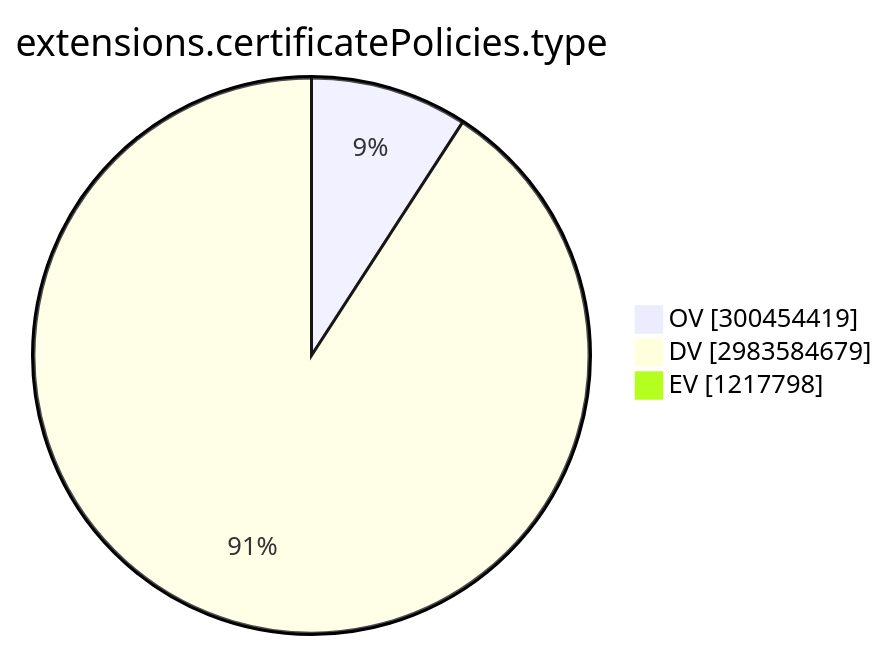
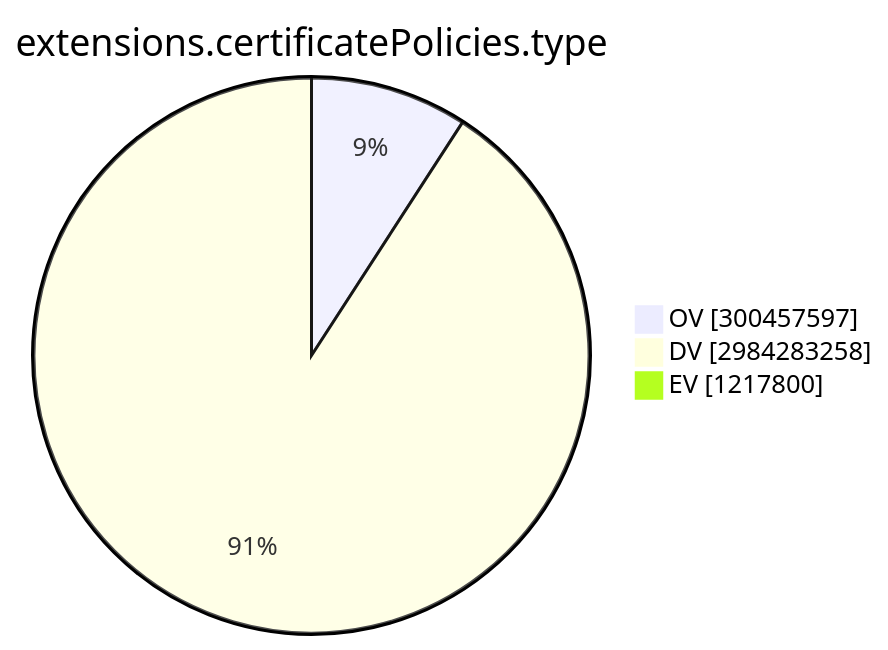
One commit to christiankrug/ctmonitor_visualization changed the ninth of 15 diagrams in TOTAL/README.md. Above: the diagram before and after it, drawn with Mermaid. The commit also changed other lines of this file, not shown here.

````diff
--- a/TOTAL/README.md
+++ b/TOTAL/README.md
@@ -3101,7 +3101,7 @@
 ```mermaid
 pie showData
 title extensions.certificatePolicies.type
-"OV" :300454419
-"DV" :2983584679
-"EV" :1217798
+"OV" :300457597
+"DV" :2984283258
+"EV" :1217800
 ```
````
